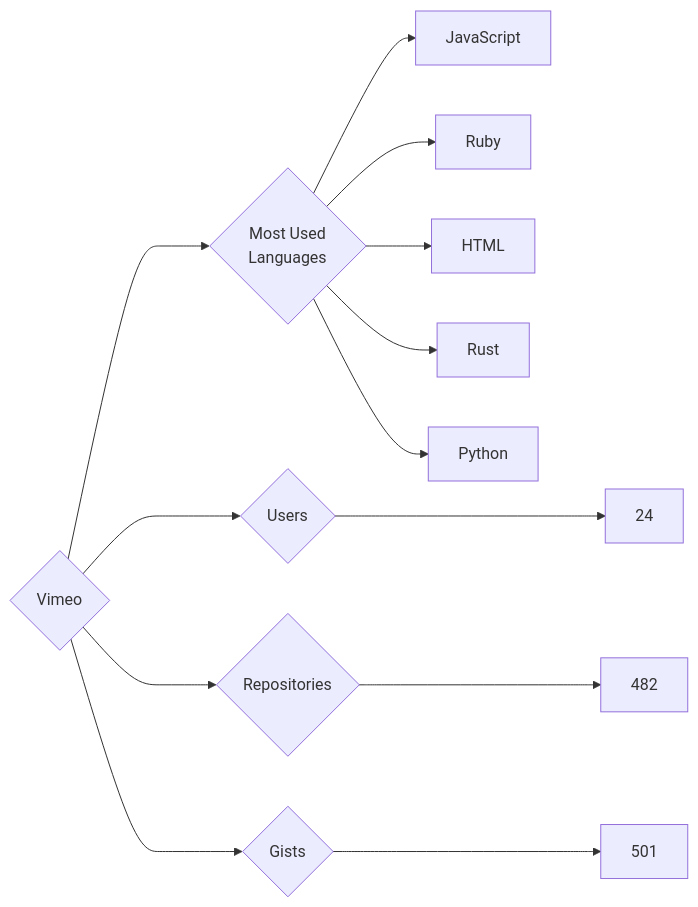
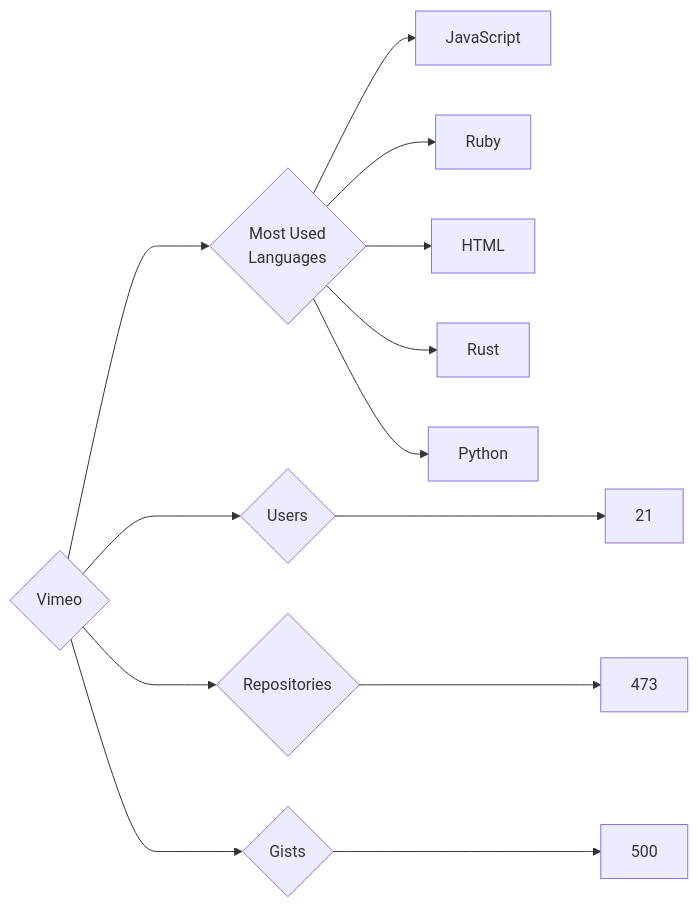
The diagram in targets/Vimeo/README.md (trickest/insiders), drawn with Mermaid before and after one commit. The commit also changed 955 other files, not shown here.

````diff
--- a/targets/Vimeo/README.md
+++ b/targets/Vimeo/README.md
@@ -3,13 +3,13 @@
 ```mermaid
 graph LR
 COMPANY_NAME{Vimeo}
-COMPANY_NAME ---> U{Users} ---> UN[24]
-COMPANY_NAME ---> R{Repositories} ---> RN[482]
-COMPANY_NAME ---> G{Gists} ---> GN[501]
+COMPANY_NAME ---> U{Users} ---> UN[21]
+COMPANY_NAME ---> R{Repositories} ---> RN[473]
+COMPANY_NAME ---> G{Gists} ---> GN[500]
 COMPANY_NAME ---> ML{Most Used<br>Languages}
 ML --> JavaScript[JavaScript]
 ML --> Ruby[Ruby]
 ML --> HTML[HTML]
 ML --> Rust[Rust]
 ML --> Python[Python]
 ```
````
